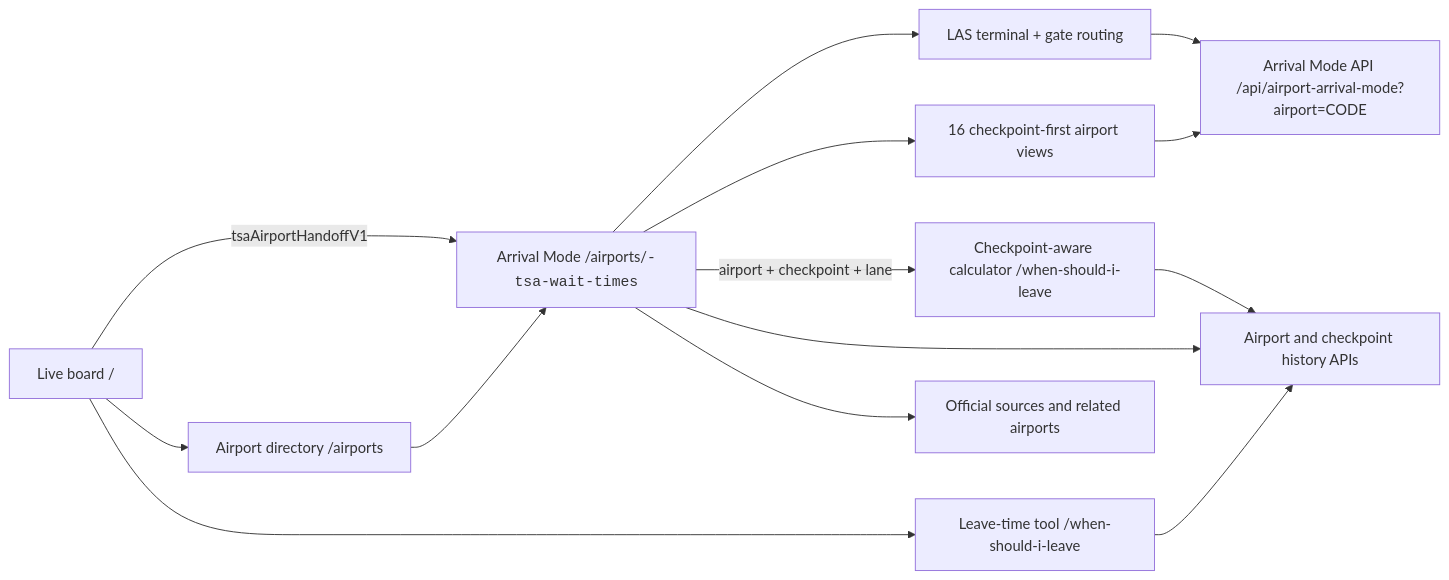
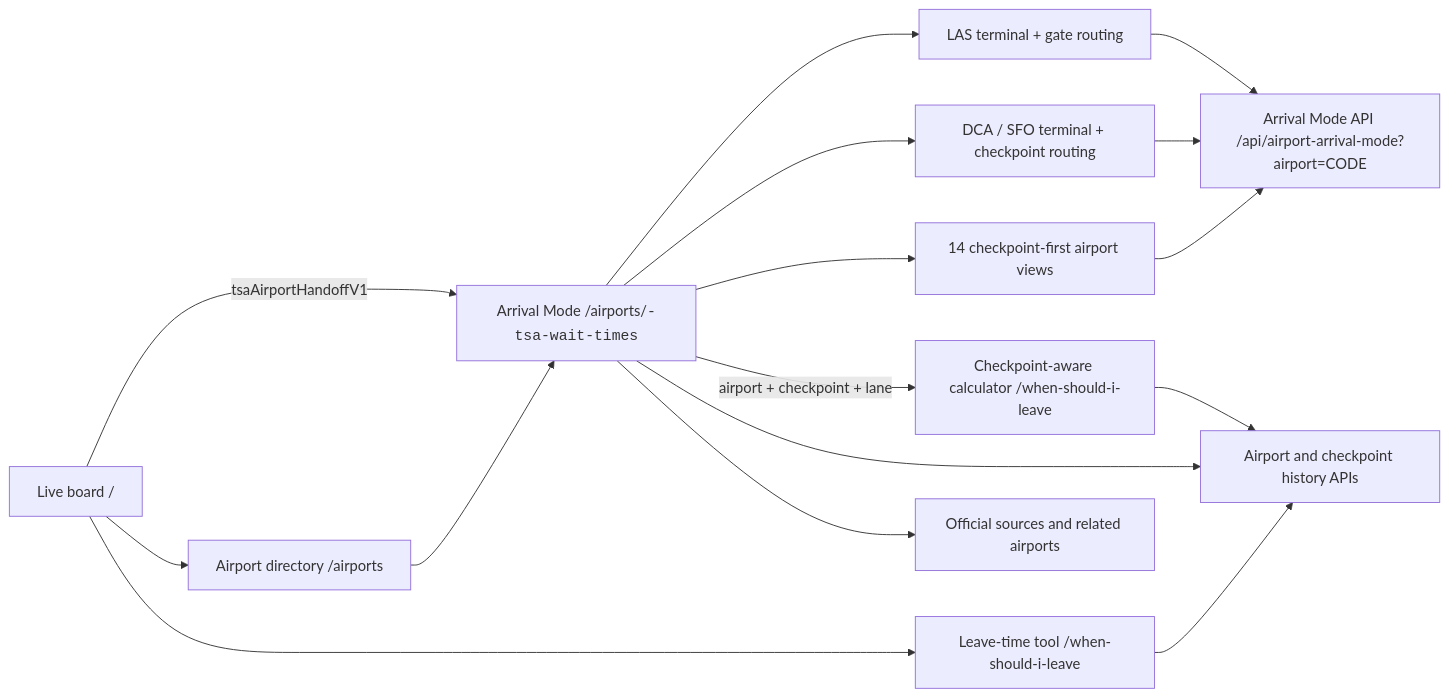
The diagram in docs/wayfinding-atlas-redesign.md (benbirkhahn/Tsatracker.com), drawn with Mermaid before and after one commit. The commit also changed other lines of this file and 6 other files, not shown here.

Commit message:
Add DCA and SFO terminal arrival maps

````diff
--- a/docs/wayfinding-atlas-redesign.md
+++ b/docs/wayfinding-atlas-redesign.md
@@ -49,16 +50,18 @@
 ```mermaid
 flowchart LR
   Home["Live board /"] -->|"tsaAirportHandoffV1"| Arrival["Arrival Mode /airports/<code>-tsa-wait-times"]
   Home --> Directory["Airport directory /airports"]
   Home --> Calculator["Leave-time tool /when-should-i-leave"]
   Directory --> Arrival
   Arrival --> LAS["LAS terminal + gate routing"]
-  Arrival --> Generic["16 checkpoint-first airport views"]
+  Arrival --> TerminalCheckpoint["DCA / SFO terminal + checkpoint routing"]
+  Arrival --> Generic["14 checkpoint-first airport views"]
   LAS --> ArrivalAPI["Arrival Mode API /api/airport-arrival-mode?airport=CODE"]
+  TerminalCheckpoint --> ArrivalAPI
   Generic --> ArrivalAPI
   Arrival -->|"airport + checkpoint + lane"| CheckpointCalculator["Checkpoint-aware calculator /when-should-i-leave"]
   CheckpointCalculator --> History["Airport and checkpoint history APIs"]
   Arrival --> History
   Calculator --> History
   Arrival --> Guides["Official sources and related airports"]
 ```
````
